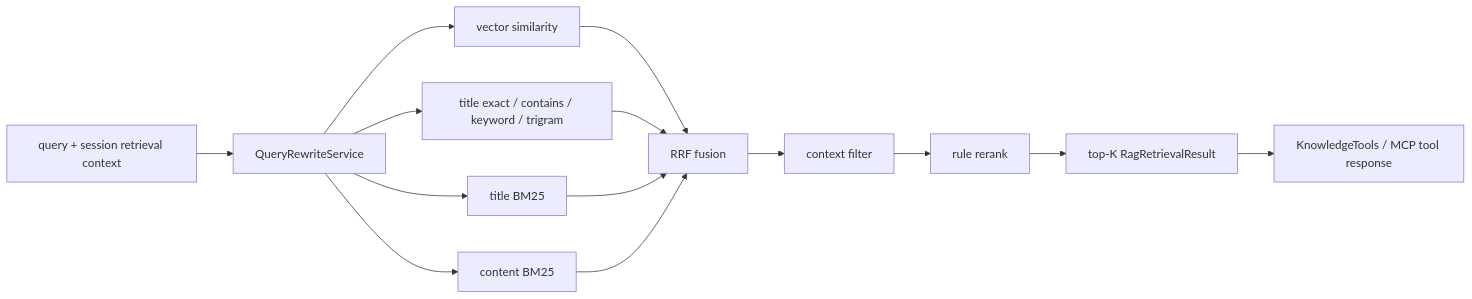
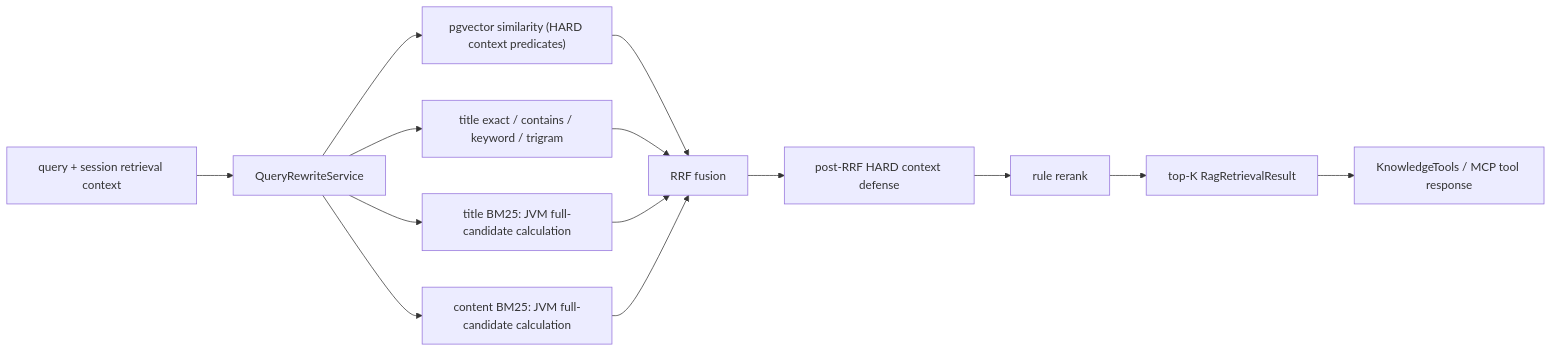
Before and after one commit to banxifu986-gif/JchatMind: the fourth of 7 diagrams in docs/项目架构与关键链路.md, drawn with Mermaid. The commit also changed other lines of this file and 114 other files, not shown here.

````diff
--- a/docs/项目架构与关键链路.md
+++ b/docs/项目架构与关键链路.md
@@ -185,16 +210,16 @@
 ```mermaid
 flowchart LR
     Q["query + session retrieval context"] --> R["QueryRewriteService"]
-    R --> V["vector similarity"]
+    R --> V["pgvector similarity (HARD context predicates)"]
     R --> TE["title exact / contains / keyword / trigram"]
-    R --> TB["title BM25"]
-    R --> CB["content BM25"]
+    R --> TB["title BM25: JVM full-candidate calculation"]
+    R --> CB["content BM25: JVM full-candidate calculation"]
     V --> F["RRF fusion"]
     TE --> F
     TB --> F
     CB --> F
-    F --> C["context filter"]
+    F --> C["post-RRF HARD context defense"]
     C --> RR["rule rerank"]
     RR --> K["top-K RagRetrievalResult"]
     K --> KT["KnowledgeTools / MCP tool response"]
 ```
````
